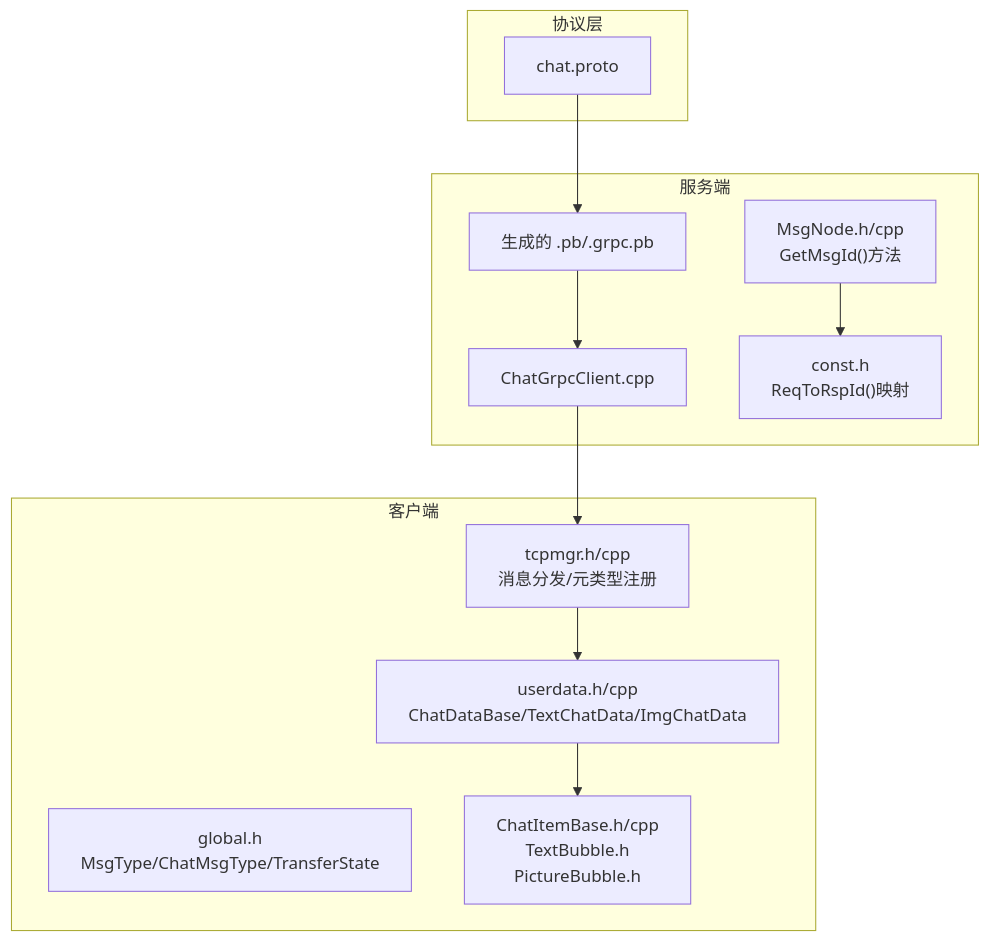
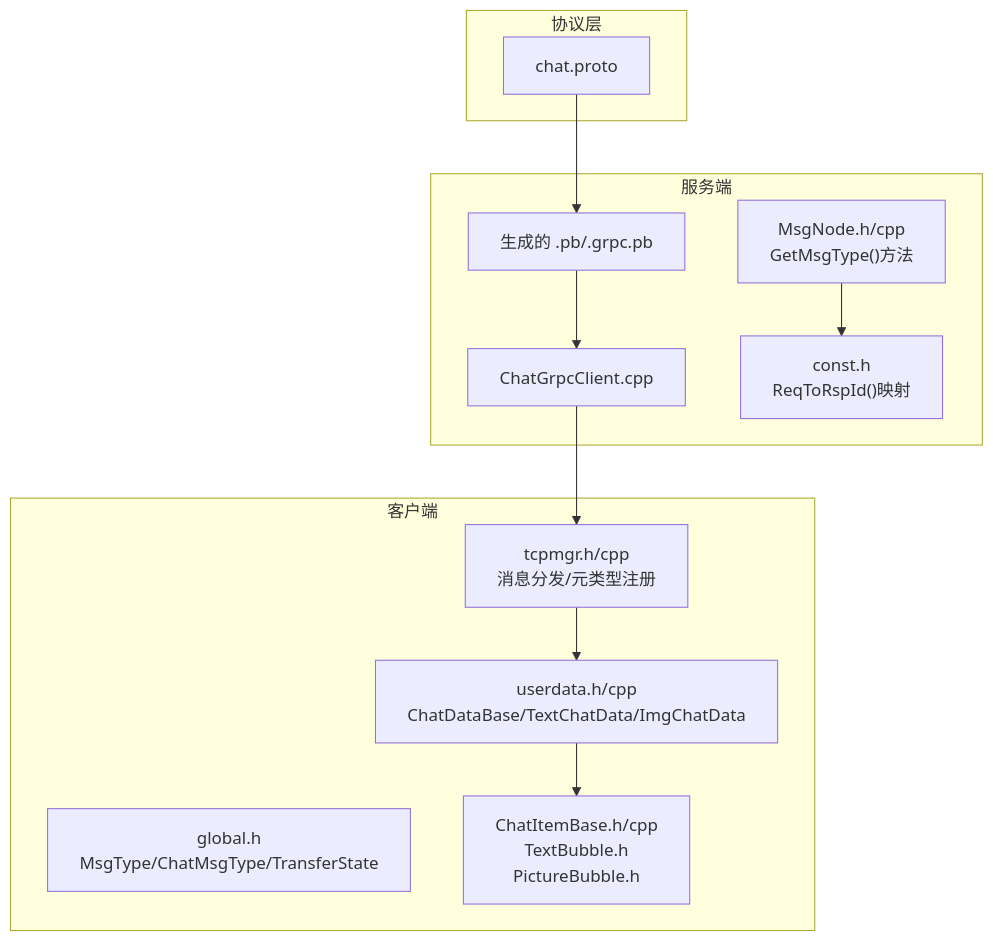
The first of 9 diagrams in .qoder/repowiki/zh/content/核心功能模块/聊天消息系统/消息类型系统.md (echo9923/mychatter), drawn with Mermaid before and after one commit. The commit also changed other lines of this file and 128 other files, not shown here.

First line of the commit message:
refactor(protocol): TCP 帧头消息类型 msg_id 全局改名为 msg_type

````diff
--- a/.qoder/repowiki/zh/content/核心功能模块/聊天消息系统/消息类型系统.md
+++ b/.qoder/repowiki/zh/content/核心功能模块/聊天消息系统/消息类型系统.md
@@ -57,24 +57,24 @@
 ```mermaid
 graph TB
 subgraph "协议层"
 P["chat.proto"]
 end
 subgraph "服务端"
 S_Gen["生成的 .pb/.grpc.pb"]
 S_Client["ChatGrpcClient.cpp"]
-S_MsgNode["MsgNode.h/cpp<br/>GetMsgId()方法"]
+S_MsgNode["MsgNode.h/cpp<br/>GetMsgType()方法"]
 S_Const["const.h<br/>ReqToRspId()映射"]
 end
 subgraph "客户端"
 C_Model["userdata.h/cpp<br/>ChatDataBase/TextChatData/ImgChatData"]
 C_Global["global.h<br/>MsgType/ChatMsgType/TransferState"]
 C_UI["ChatItemBase.h/cpp<br/>TextBubble.h<br/>PictureBubble.h"]
 C_Tcp["tcpmgr.h/cpp<br/>消息分发/元类型注册"]
 end
 P --> S_Gen
 S_Gen --> S_Client
 S_Client --> C_Tcp
 C_Tcp --> C_Model
 C_Model --> C_UI
 S_MsgNode --> S_Const
 ```
````
